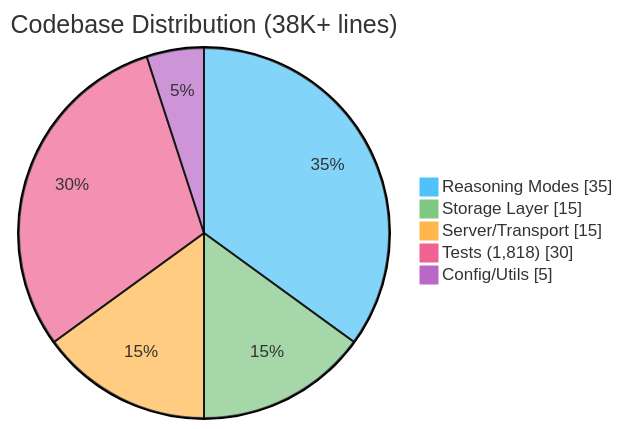
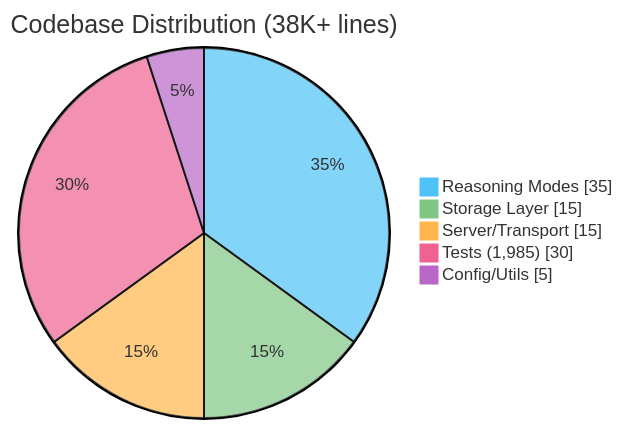
The first of 6 diagrams in README.md (quanticsoul4772/mcp-reasoning), drawn with Mermaid before and after one commit. The commit also changed other lines of this file and 1 other file, not shown here.

Commit message:
docs: Update README and CLAUDE.md with accurate stats
- Update test count: 1908 → 1985
- Update source files: 122 → 118
- Update lines of code: 36K → 38K
- Add error/enhanced.rs to architecture (ErrorEnhancer, ComplexityMetrics)
- Add tool chain tracking to metrics description (ToolTransition, ChainSummary)

🤖 Generated with [Claude Code](https://claude.com/claude-code)

````diff
--- a/README.md
+++ b/README.md
@@ -10,9 +10,9 @@
 ```mermaid
 %%{init: {'theme': 'base', 'themeVariables': {'pie1': '#4fc3f7', 'pie2': '#81c784', 'pie3': '#ffb74d', 'pie4': '#f06292', 'pie5': '#ba68c8'}}}%%
 pie showData title Codebase Distribution (38K+ lines)
     "Reasoning Modes" : 35
     "Storage Layer" : 15
     "Server/Transport" : 15
-    "Tests (1,818)" : 30
+    "Tests (1,985)" : 30
     "Config/Utils" : 5
 ```
````
